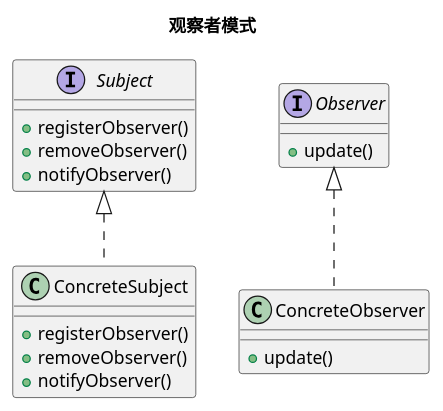
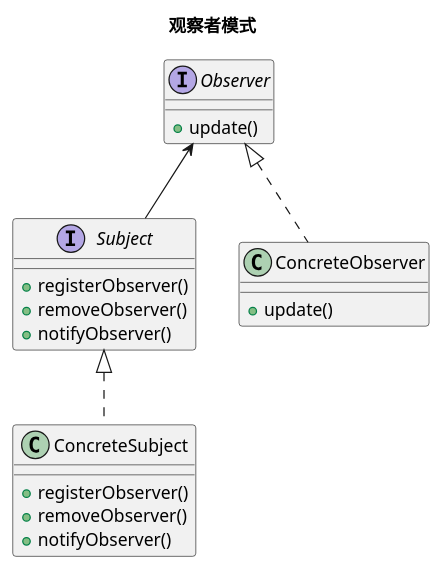
Before and after one commit to zybzybzyb123/summary: the diagram in person/java/java设计模式/观察者模式.puml, drawn with PlantUML. The commit also changed 131 other files, not shown here.

```diff
--- a/person/java/java设计模式/观察者模式.puml
+++ b/person/java/java设计模式/观察者模式.puml
@@ -1,27 +1,27 @@
 @startuml
 title 观察者模式
 
 interface Subject {
     + registerObserver()
     + removeObserver()
     + notifyObserver()
 }
 
 class ConcreteSubject {
     + registerObserver()
     + removeObserver()
     + notifyObserver()
 }
 
 interface Observer {
     + update()
 }
 
 class ConcreteObserver {
     + update()
 }
 
 Subject <|.. ConcreteSubject
 Observer <|.. ConcreteObserver
-'Observer <-- Subject
+Observer <-- Subject
 @enduml
```
